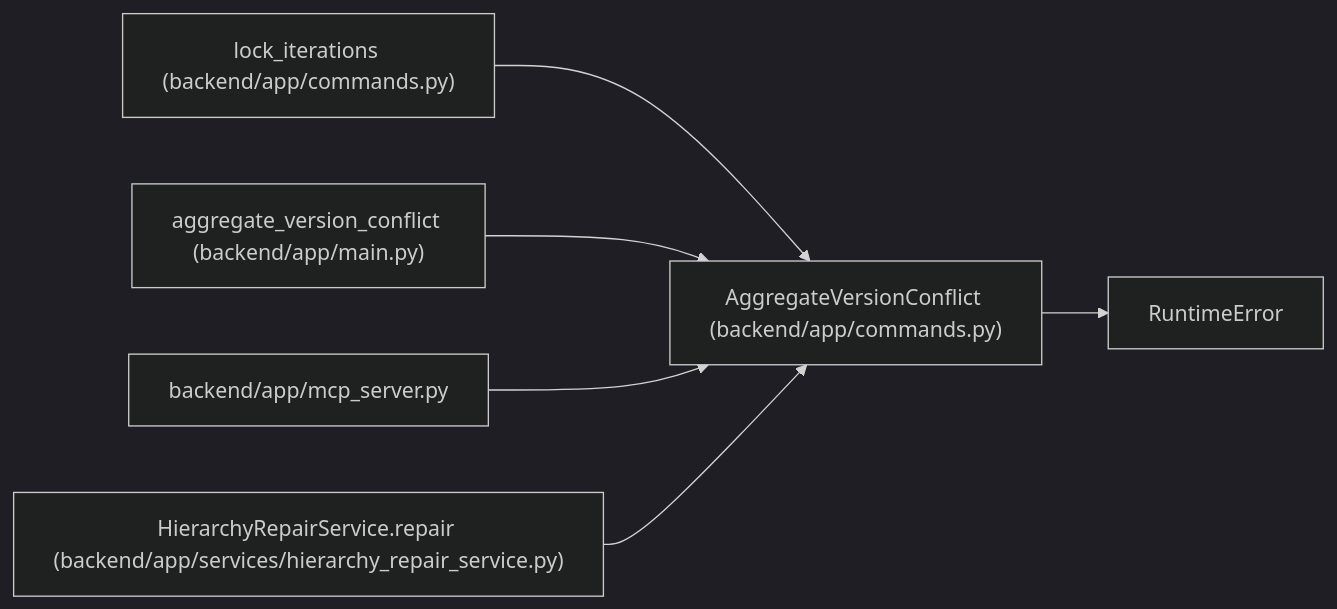
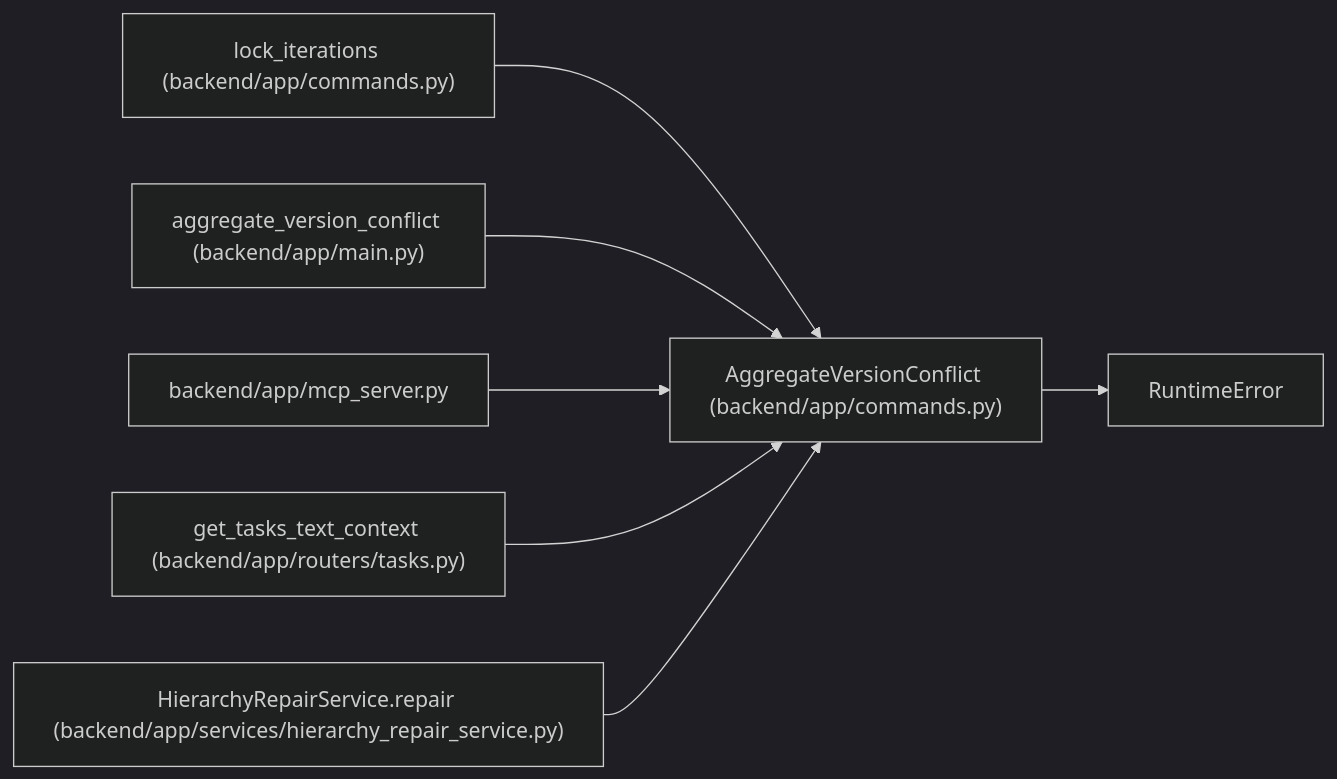
One commit to Denissvgn/WorkChord changed the diagram in docs/llm_wiki/entities/AggregateVersionConflict.md. Above: the diagram before and after it, drawn with Mermaid (dark theme). The commit also changed other lines of this file and 6624 other files, not shown here.

````diff
--- a/docs/llm_wiki/entities/AggregateVersionConflict.md
+++ b/docs/llm_wiki/entities/AggregateVersionConflict.md
@@ -26,19 +26,22 @@
 ```mermaid
 flowchart LR
     n0["AggregateVersionConflict (backend/app/commands.py)"]
     n1["RuntimeError"]
     n2["lock_iterations (backend/app/commands.py)"]
     n3["aggregate_version_conflict (backend/app/main.py)"]
     n4["backend/app/mcp_server.py"]
-    n5["HierarchyRepairService.repair (backend/app/services/hierarchy_repair_service.py)"]
+    n5["get_tasks_text_context (backend/app/routers/tasks.py)"]
+    n6["HierarchyRepairService.repair (backend/app/services/hierarchy_repair_service.py)"]
     n0 --> n1
     n2 --> n0
     n3 --> n0
     n4 --> n0
     n5 --> n0
+    n6 --> n0
     click n0 "../modules/commands.md"
     click n2 "../modules/commands.md"
     click n3 "../modules/app_main.md"
     click n4 "../modules/mcp_server.md"
-    click n5 "../modules/hierarchy_repair_service.md"
+    click n5 "../modules/tasks.md"
+    click n6 "../modules/hierarchy_repair_service.md"
 ```
````
